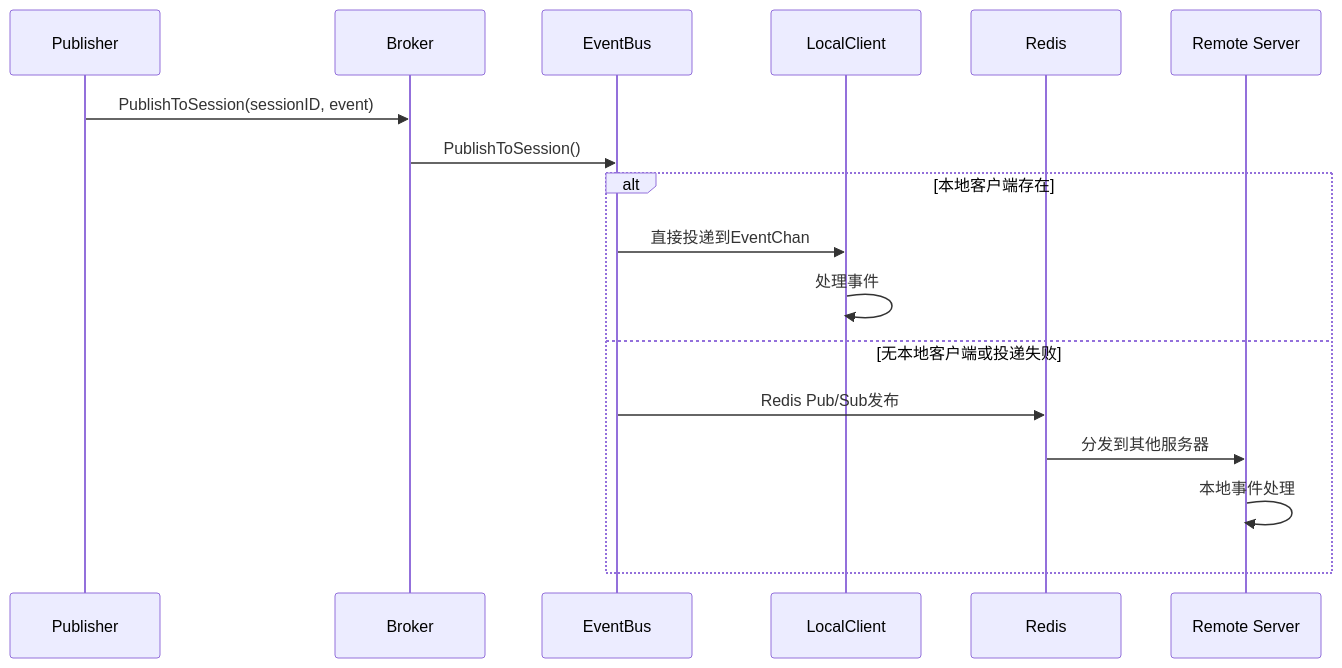
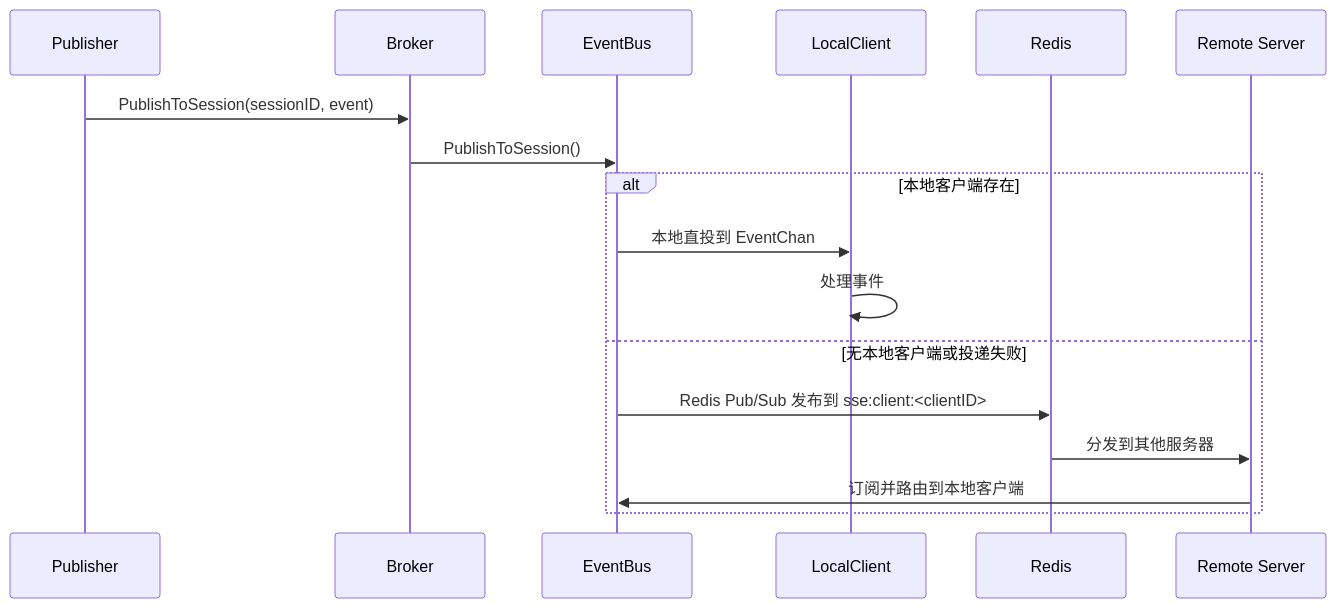
One commit to PGshen/thinking-map changed the fourth of 5 diagrams in docs/sse-technical-documentation.md. Above: the diagram before and after it, drawn with Mermaid. The commit also changed other lines of this file and 9 other files, not shown here.

First line of the commit message:
feat(sse): refactor event bus and connection management

````diff
--- a/docs/sse-technical-documentation.md
+++ b/docs/sse-technical-documentation.md
@@ -173,21 +192,21 @@
 ```mermaid
 sequenceDiagram
     participant P as Publisher
     participant B as Broker
     participant EB as EventBus
     participant LC as LocalClient
     participant R as Redis
     participant RS as Remote Server
     
     P->>B: PublishToSession(sessionID, event)
     B->>EB: PublishToSession()
     
     alt 本地客户端存在
-        EB->>LC: 直接投递到EventChan
-        LC->>LC: 处理事件
+    EB->>LC: 本地直投到 EventChan
+    LC->>LC: 处理事件
     else 无本地客户端或投递失败
-        EB->>R: Redis Pub/Sub发布
+        EB->>R: Redis Pub/Sub 发布到 sse:client:<clientID>
         R->>RS: 分发到其他服务器
-        RS->>RS: 本地事件处理
+        RS->>EB: 订阅并路由到本地客户端
     end
 ```
````
